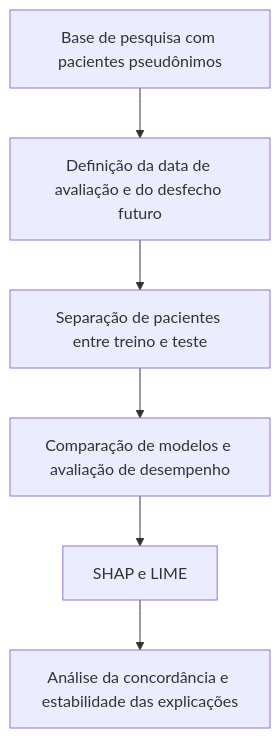
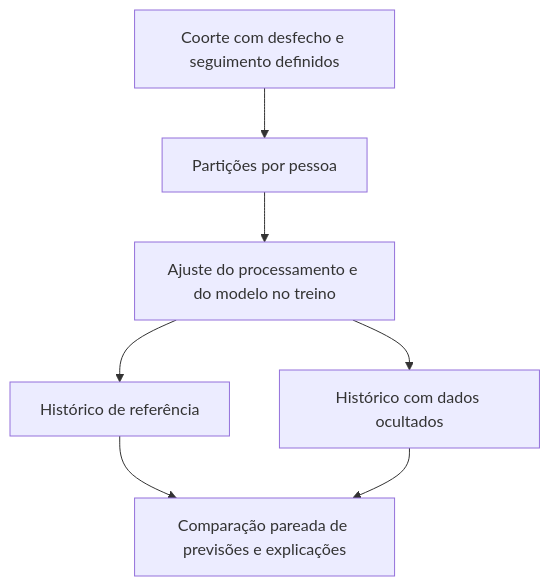
Before and after one commit to ohucas/Falciforme-Explicavel: the second of 2 diagrams in README.md, drawn with Mermaid. The commit also changed other lines of this file and 18 other files, not shown here.

````diff
--- a/README.md
+++ b/README.md
@@ -76,8 +93,9 @@
 ```mermaid
 flowchart TD
-    A["Base de pesquisa com pacientes pseudônimos"] --> B["Definição da data de avaliação e do desfecho futuro"]
-    B --> C["Separação de pacientes entre treino e teste"]
-    C --> D["Comparação de modelos e avaliação de desempenho"]
-    D --> E["SHAP e LIME"]
-    E --> F["Análise da concordância e estabilidade das explicações"]
+    A["Coorte com desfecho e seguimento definidos"] --> B["Partições por pessoa"]
+    B --> C["Ajuste do processamento e do modelo no treino"]
+    C --> D["Histórico de referência"]
+    C --> E["Histórico com dados ocultados"]
+    D --> F["Comparação pareada de previsões e explicações"]
+    E --> F
 ```
````
